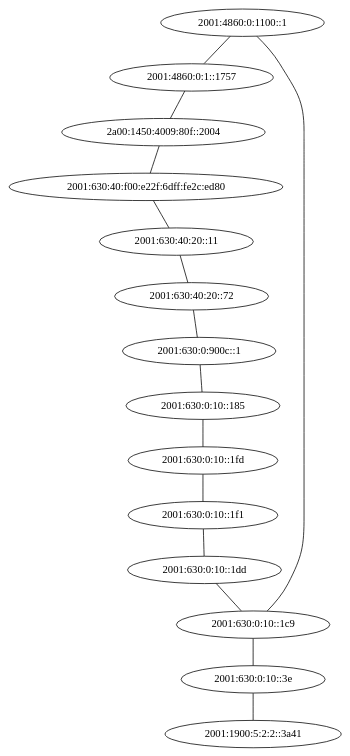
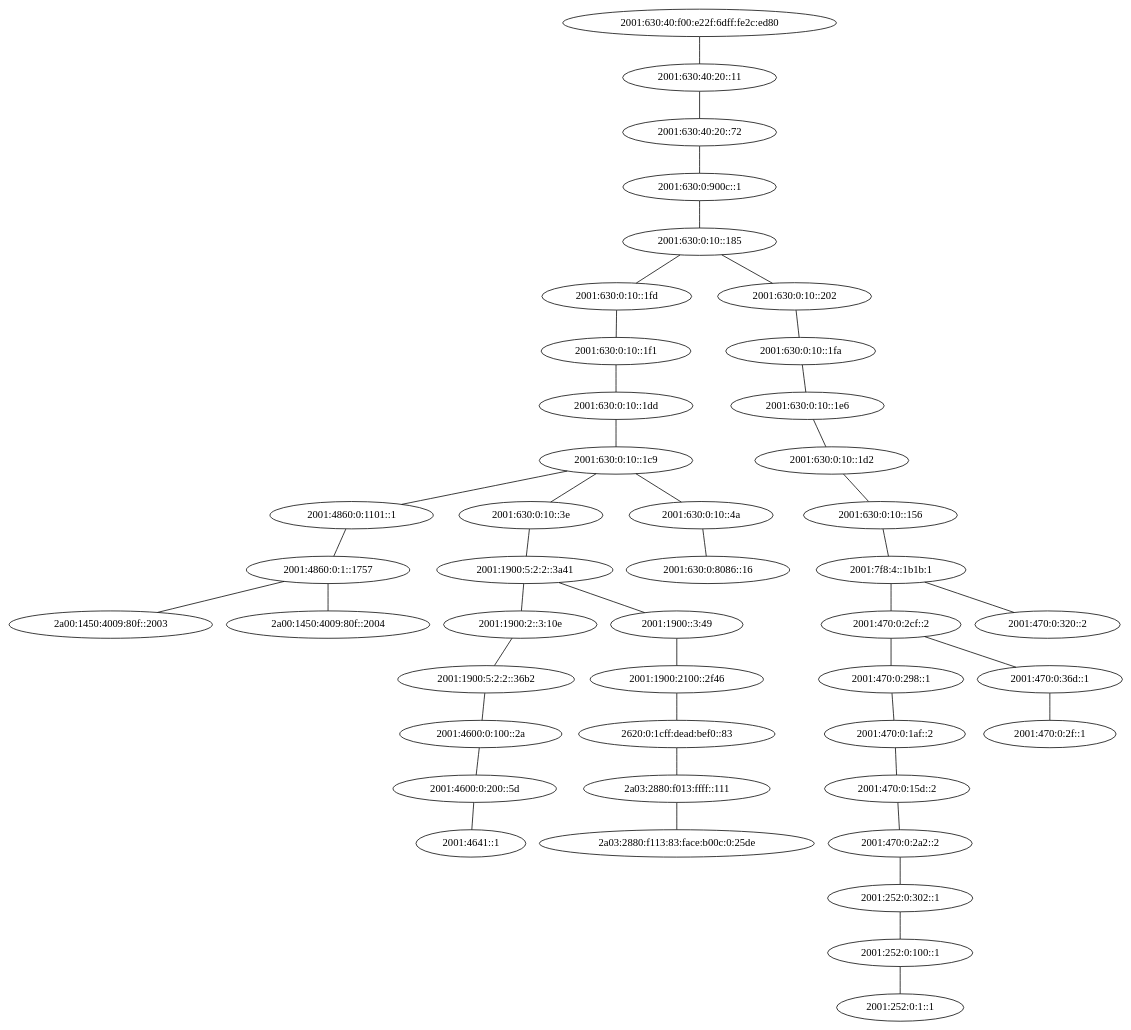
One commit to AlexTrew/Network_Topology changed the diagram in router-topology-v6.dot. Above: the diagram before and after it, drawn with Graphviz. The commit also changed 28 other files, not shown here.

Commit message:
fixed graph branching bug. completed program

```diff
--- a/router-topology-v6.dot
+++ b/router-topology-v6.dot
@@ -1,16 +1,45 @@
-graph routeropology {
-"2001:4860:0:1100::1"  -- "2001:4860:0:1::1757"
+graph routertopology {
+"2001:1900:2100::2f46"  -- "2620:0:1cff:dead:bef0::83"
+"2001:1900:2::3:10e"  -- "2001:1900:5:2:2::36b2"
+"2001:1900::3:49"  -- "2001:1900:2100::2f46"
+"2001:1900:5:2:2::36b2"  -- "2001:4600:0:100::2a"
+"2001:1900:5:2:2::3a41"  -- "2001:1900:2::3:10e"
+"2001:1900:5:2:2::3a41"  -- "2001:1900::3:49"
+"2001:252:0:100::1"  -- "2001:252:0:1::1"
+"2001:252:0:302::1"  -- "2001:252:0:100::1"
+"2001:4600:0:100::2a"  -- "2001:4600:0:200::5d"
+"2001:4600:0:200::5d"  -- "2001:4641::1"
+"2001:470:0:15d::2"  -- "2001:470:0:2a2::2"
+"2001:470:0:1af::2"  -- "2001:470:0:15d::2"
+"2001:470:0:298::1"  -- "2001:470:0:1af::2"
+"2001:470:0:2a2::2"  -- "2001:252:0:302::1"
+"2001:470:0:2cf::2"  -- "2001:470:0:298::1"
+"2001:470:0:2cf::2"  -- "2001:470:0:36d::1"
+"2001:470:0:36d::1"  -- "2001:470:0:2f::1"
+"2001:4860:0:1101::1"  -- "2001:4860:0:1::1757"
+"2001:4860:0:1::1757"  -- "2a00:1450:4009:80f::2003"
 "2001:4860:0:1::1757"  -- "2a00:1450:4009:80f::2004"
+"2001:630:0:10::156"  -- "2001:7f8:4::1b1b:1"
 "2001:630:0:10::185"  -- "2001:630:0:10::1fd"
-"2001:630:0:10::1c9"  -- "2001:4860:0:1100::1"
+"2001:630:0:10::185"  -- "2001:630:0:10::202"
+"2001:630:0:10::1c9"  -- "2001:4860:0:1101::1"
 "2001:630:0:10::1c9"  -- "2001:630:0:10::3e"
+"2001:630:0:10::1c9"  -- "2001:630:0:10::4a"
+"2001:630:0:10::1d2"  -- "2001:630:0:10::156"
 "2001:630:0:10::1dd"  -- "2001:630:0:10::1c9"
+"2001:630:0:10::1e6"  -- "2001:630:0:10::1d2"
 "2001:630:0:10::1f1"  -- "2001:630:0:10::1dd"
+"2001:630:0:10::1fa"  -- "2001:630:0:10::1e6"
 "2001:630:0:10::1fd"  -- "2001:630:0:10::1f1"
+"2001:630:0:10::202"  -- "2001:630:0:10::1fa"
 "2001:630:0:10::3e"  -- "2001:1900:5:2:2::3a41"
+"2001:630:0:10::4a"  -- "2001:630:0:8086::16"
 "2001:630:0:900c::1"  -- "2001:630:0:10::185"
 "2001:630:40:20::11"  -- "2001:630:40:20::72"
 "2001:630:40:20::72"  -- "2001:630:0:900c::1"
 "2001:630:40:f00:e22f:6dff:fe2c:ed80"  -- "2001:630:40:20::11"
-"2a00:1450:4009:80f::2004"  -- "2001:630:40:f00:e22f:6dff:fe2c:ed80"
+"2001:7f8:4::1b1b:1"  -- "2001:470:0:2cf::2"
+"2001:7f8:4::1b1b:1"  -- "2001:470:0:320::2"
+"2620:0:1cff:dead:bef0::83"  -- "2a03:2880:f013:ffff::111"
+"2a03:2880:f013:ffff::111"  -- "2a03:2880:f113:83:face:b00c:0:25de"
 }
```
